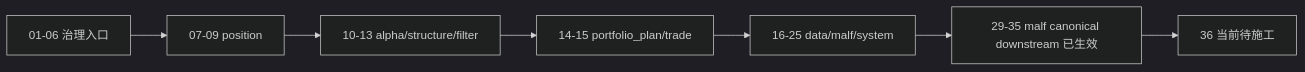
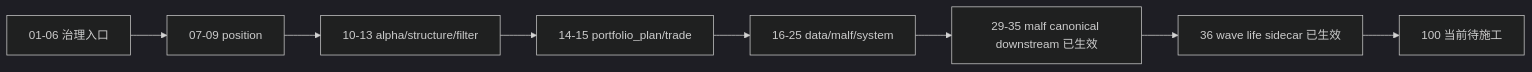
Before and after one commit to everything-is-simple/lifespan-0.01: the diagram in docs/03-execution/C-system-completion-ledger-20260409.md, drawn with Mermaid (dark theme). The commit also changed other lines of this file and 17 other files, not shown here.

Commit message:
malf: add wave-life sidecar bootstrap

````diff
--- a/docs/03-execution/C-system-completion-ledger-20260409.md
+++ b/docs/03-execution/C-system-completion-ledger-20260409.md
@@ -31,9 +32,10 @@
 ```mermaid
 flowchart LR
     G01["01-06 治理入口"] --> P07["07-09 position"]
     P07 --> A10["10-13 alpha/structure/filter"]
     A10 --> T14["14-15 portfolio_plan/trade"]
     T14 --> D16["16-25 data/malf/system"]
     D16 --> M29["29-35 malf canonical downstream 已生效"]
-    M29 --> NEXT["36 当前待施工"]
+    M29 --> M36["36 wave life sidecar 已生效"]
+    M36 --> NEXT["100 当前待施工"]
 ```
````
